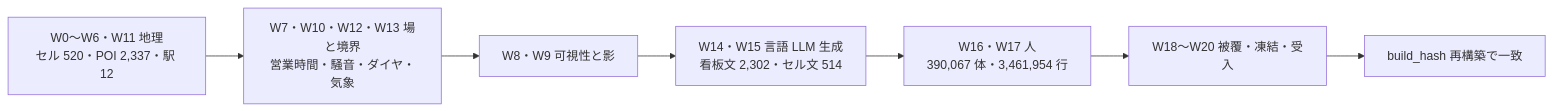
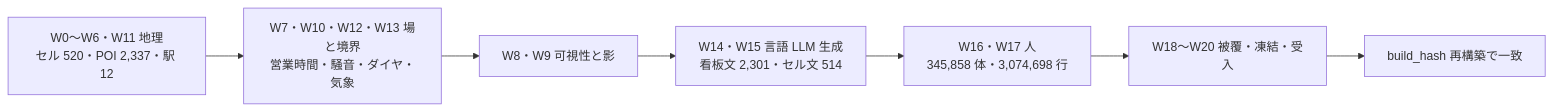
Before and after one commit to spacedream6090-svg/shibuya-simulation-v2: the third of 7 diagrams in docs/design/v2-architecture-overview-detailed.md, drawn with Mermaid. The commit also changed other lines of this file and 1 other file, not shown here.

````diff
--- a/docs/design/v2-architecture-overview-detailed.md
+++ b/docs/design/v2-architecture-overview-detailed.md
@@ -122,9 +124,9 @@
 ```mermaid
 flowchart LR
   A["W0〜W6・W11 地理<br/>セル 520・POI 2,337・駅 12"] --> B["W7・W10・W12・W13 場と境界<br/>営業時間・騒音・ダイヤ・気象"]
   B --> C["W8・W9 可視性と影"]
-  C --> D["W14・W15 言語 LLM 生成<br/>看板文 2,302・セル文 514"]
-  D --> E["W16・W17 人<br/>390,067 体・3,461,954 行"]
+  C --> D["W14・W15 言語 LLM 生成<br/>看板文 2,301・セル文 514"]
+  D --> E["W16・W17 人<br/>345,858 体・3,074,698 行"]
   E --> F["W18〜W20 被覆・凍結・受入"]
   F --> G["build_hash 再構築で一致"]
 ```
````
